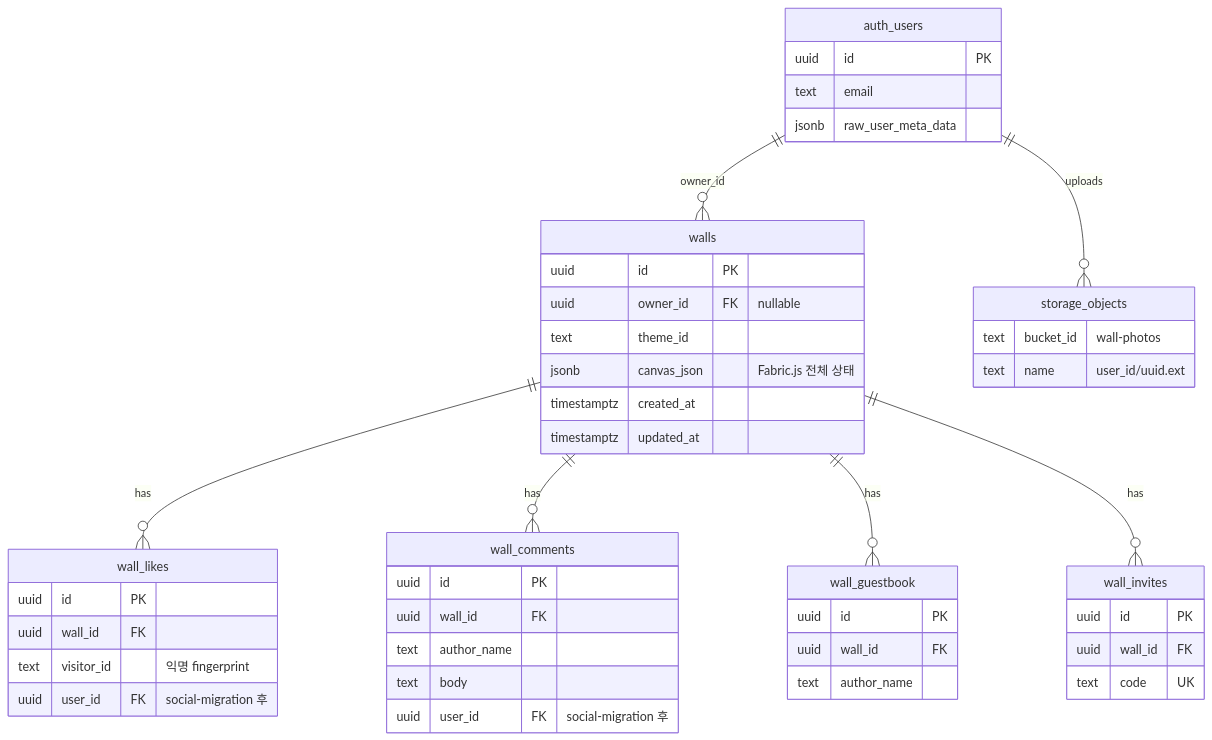
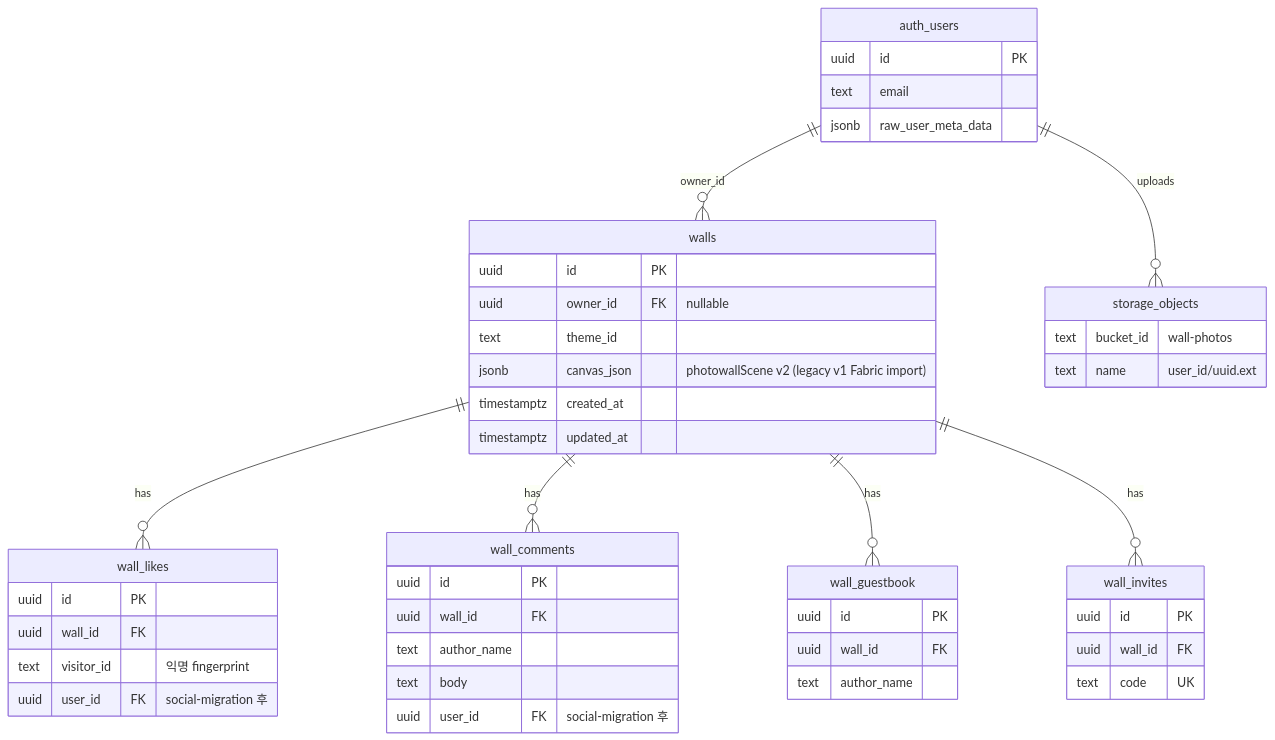
The first of 2 diagrams in PROJECT.md (KeunwooKim/PhotoWall), drawn with Mermaid before and after one commit. The commit also changed other lines of this file and 20 other files, not shown here.

````diff
--- a/PROJECT.md
+++ b/PROJECT.md
@@ -372,56 +374,56 @@
 ```mermaid
 erDiagram
     auth_users ||--o{ walls : "owner_id"
     walls ||--o{ wall_likes : has
     walls ||--o{ wall_comments : has
     walls ||--o{ wall_guestbook : has
     walls ||--o{ wall_invites : has
     auth_users ||--o{ storage_objects : uploads
 
     auth_users {
         uuid id PK
         text email
         jsonb raw_user_meta_data
     }
 
     walls {
         uuid id PK
         uuid owner_id FK "nullable"
         text theme_id
-        jsonb canvas_json "Fabric.js 전체 상태"
+        jsonb canvas_json "photowallScene v2 (legacy v1 Fabric import)"
         timestamptz created_at
         timestamptz updated_at
     }
 
     wall_likes {
         uuid id PK
         uuid wall_id FK
         text visitor_id "익명 fingerprint"
         uuid user_id FK "social-migration 후"
     }
 
     wall_comments {
         uuid id PK
         uuid wall_id FK
         text author_name
         text body
         uuid user_id FK "social-migration 후"
     }
 
     wall_guestbook {
         uuid id PK
         uuid wall_id FK
         text author_name
     }
 
     wall_invites {
         uuid id PK
         uuid wall_id FK
         text code UK
     }
 
     storage_objects {
         text bucket_id "wall-photos"
         text name "user_id/uuid.ext"
     }
 ```
````
